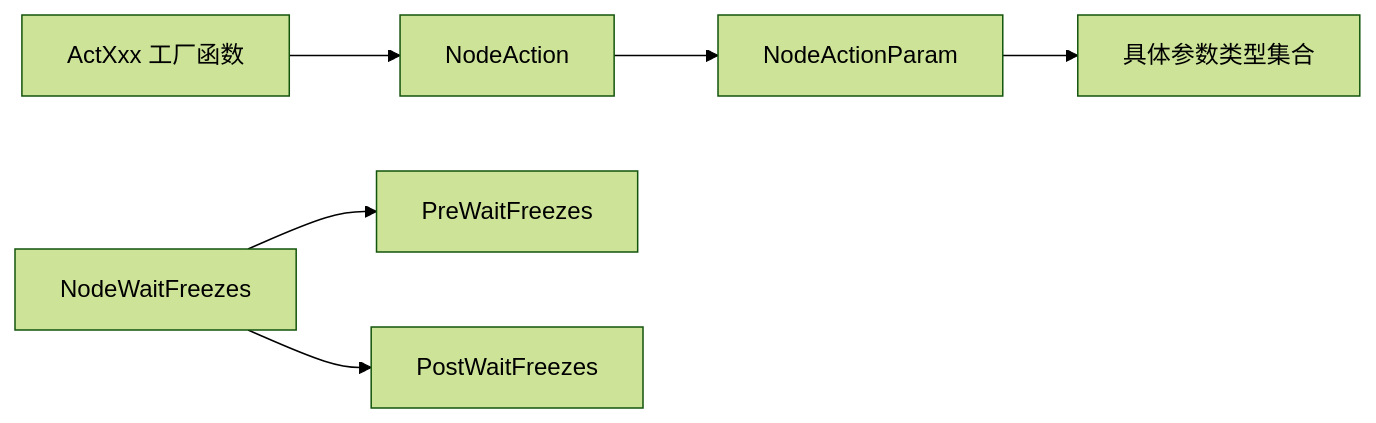
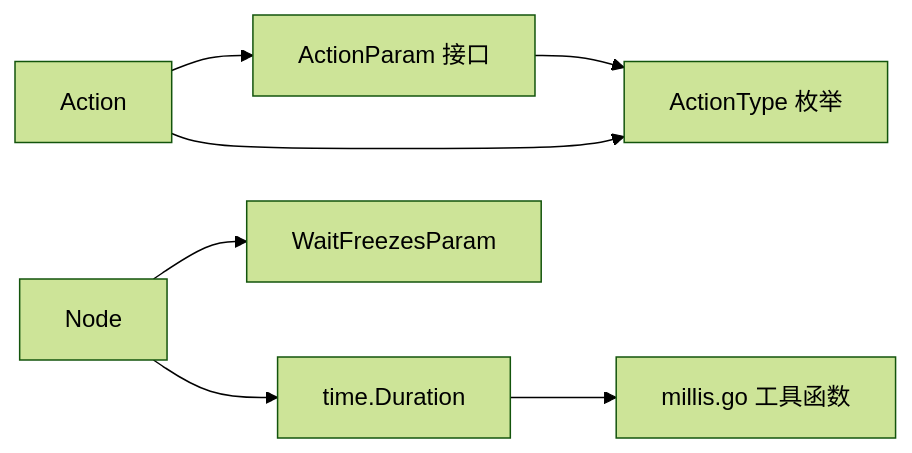
The fourth of 4 diagrams in instructions/maafw-golang-binding/高级功能/流水线配置/动作系统配置/动作系统配置.md (kqcoxn/MaaPipelineEditor), drawn with Mermaid (forest theme) before and after one commit. The commit also changed other lines of this file and 6 other files, not shown here.

````diff
--- a/instructions/maafw-golang-binding/高级功能/流水线配置/动作系统配置/动作系统配置.md
+++ b/instructions/maafw-golang-binding/高级功能/流水线配置/动作系统配置/动作系统配置.md
@@ -273,8 +283,9 @@
 ```mermaid
 graph LR
-NA["NodeAction"] --> NP["NodeActionParam"]
-NP --> CP["具体参数类型集合"]
-CF["ActXxx 工厂函数"] --> NA
-WF["NodeWaitFreezes"] --> N1["PreWaitFreezes"]
-WF --> N2["PostWaitFreezes"]
+A["Action"] --> AP["ActionParam 接口"]
+AP --> AT["ActionType 枚举"]
+A --> AT
+N["Node"] --> WF["WaitFreezesParam"]
+N --> T["time.Duration"]
+T --> MT["millis.go 工具函数"]
 ```
````
